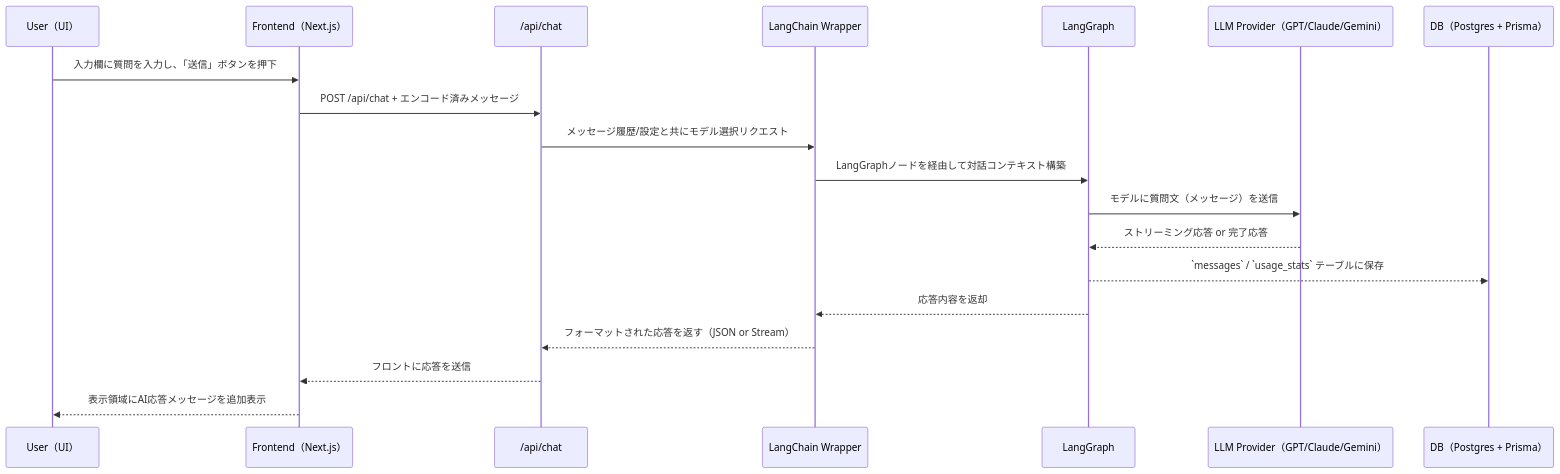
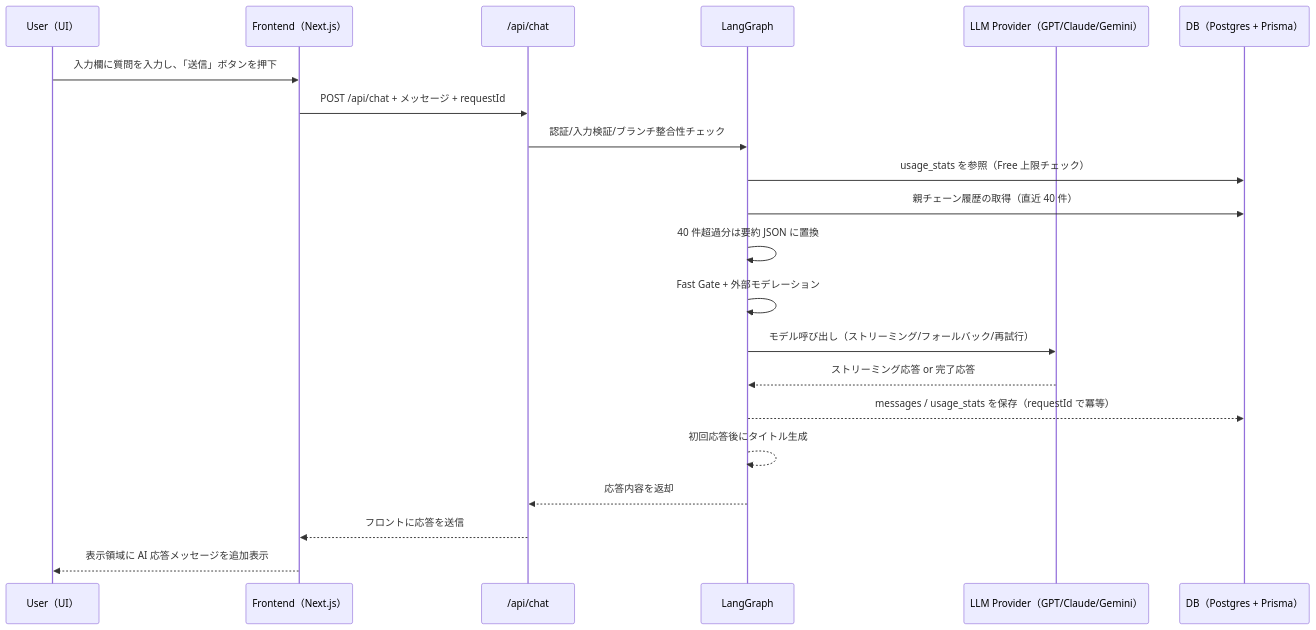
Before and after one commit to Yosh1ki/branch-chatai: the first of 4 diagrams in specforhuman/flows.md, drawn with Mermaid. The commit also changed other lines of this file and 32 other files, not shown here.

````diff
--- a/specforhuman/flows.md
+++ b/specforhuman/flows.md
@@ -10,22 +10,24 @@
 ```mermaid
 sequenceDiagram
   participant U as User（UI）
   participant FE as Frontend（Next.js）
   participant API as /api/chat
-  participant LC as LangChain Wrapper
   participant LG as LangGraph
   participant LLM as LLM Provider（GPT/Claude/Gemini）
   participant DB as DB（Postgres + Prisma）
 
   U->>FE: 入力欄に質問を入力し、「送信」ボタンを押下
-  FE->>API: POST /api/chat + エンコード済みメッセージ
-  API->>LC: メッセージ履歴/設定と共にモデル選択リクエスト
-  LC->>LG: LangGraphノードを経由して対話コンテキスト構築
-  LG->>LLM: モデルに質問文（メッセージ）を送信
+  FE->>API: POST /api/chat + メッセージ + requestId
+  API->>LG: 認証/入力検証/ブランチ整合性チェック
+  LG->>DB: usage_stats を参照（Free 上限チェック）
+  LG->>DB: 親チェーン履歴の取得（直近 40 件）
+  LG->>LG: 40 件超過分は要約 JSON に置換
+  LG->>LG: Fast Gate + 外部モデレーション
+  LG->>LLM: モデル呼び出し（ストリーミング/フォールバック/再試行）
   LLM-->>LG: ストリーミング応答 or 完了応答
-  LG-->>DB: `messages` / `usage_stats` テーブルに保存
-  LG-->>LC: 応答内容を返却
-  LC-->>API: フォーマットされた応答を返す（JSON or Stream）
+  LG-->>DB: messages / usage_stats を保存（requestId で冪等）
+  LG-->>LG: 初回応答後にタイトル生成
+  LG-->>API: 応答内容を返却
   API-->>FE: フロントに応答を送信
-  FE-->>U: 表示領域にAI応答メッセージを追加表示
+  FE-->>U: 表示領域に AI 応答メッセージを追加表示
 ```
````
